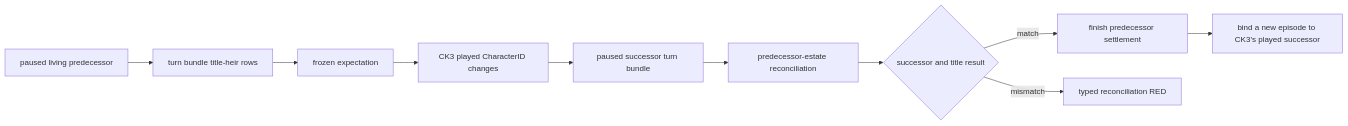
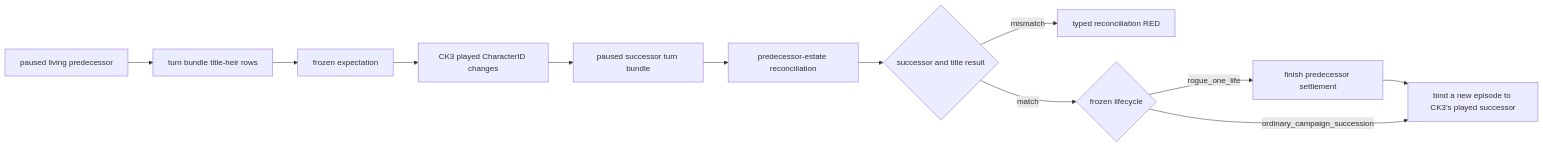
Before and after one commit to XenoAmess/ck3_eternal_recurrence: the diagram in docs/ck3-native-ai/succession-transition-v1.md, drawn with Mermaid. The commit also changed other lines of this file and 6 other files, not shown here.

Commit message:
G2-SUCCESSION-LIFECYCLE-A: split ordinary and rogue succession

````diff
--- a/docs/ck3-native-ai/succession-transition-v1.md
+++ b/docs/ck3-native-ai/succession-transition-v1.md
@@ -42,12 +46,14 @@
 ```mermaid
 flowchart LR
   A[paused living predecessor] --> B[turn bundle title-heir rows]
   B --> C[frozen expectation]
   C --> D[CK3 played CharacterID changes]
   D --> E[paused successor turn bundle]
   E --> F[predecessor-estate reconciliation]
   F --> G{successor and title result}
-  G -->|match| H[finish predecessor settlement]
-  H --> J[bind a new episode to CK3's played successor]
   G -->|mismatch| I[typed reconciliation RED]
+  G -->|match| H{frozen lifecycle}
+  H -->|rogue_one_life| K[finish predecessor settlement]
+  K --> J[bind a new episode to CK3's played successor]
+  H -->|ordinary_campaign_succession| J
 ```
````
